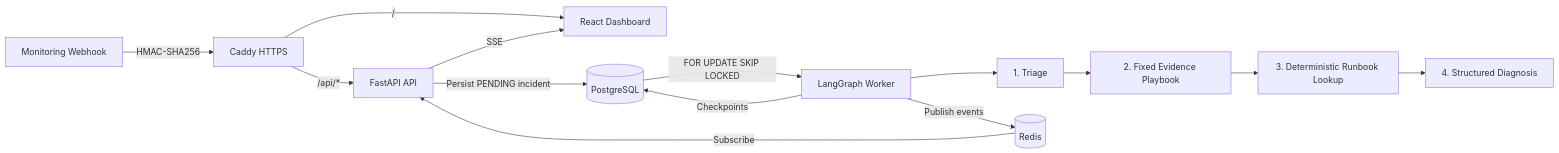
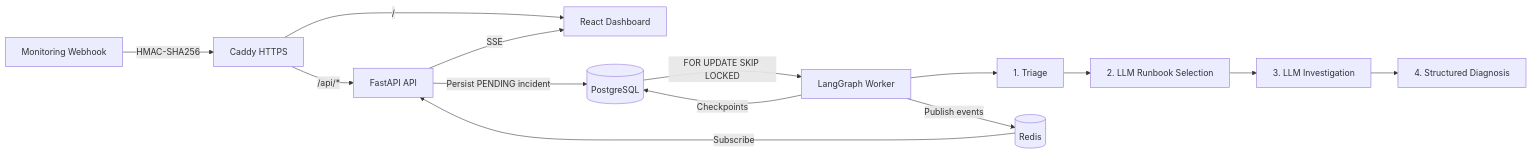
Before and after one commit to va18hav/Autage: the diagram in README.md, drawn with Mermaid. The commit also changed other lines of this file and 1 other file, not shown here.

Commit message:
docs: describe LLM-guided investigation and two-step runbook retrieval

````diff
--- a/README.md
+++ b/README.md
@@ -34,16 +34,16 @@
 ```mermaid
 flowchart LR
     A[Monitoring Webhook] -->|HMAC-SHA256| P[Caddy HTTPS]
     P -->|/api/*| B[FastAPI API]
     P -->|/| I[React Dashboard]
     B -->|Persist PENDING incident| C[(PostgreSQL)]
     C -->|FOR UPDATE SKIP LOCKED| D[LangGraph Worker]
     D -->|Checkpoints| C
     D --> E[1. Triage]
-    E --> F[2. Fixed Evidence Playbook]
-    F --> G[3. Deterministic Runbook Lookup]
+    E --> F[2. LLM Runbook Selection]
+    F --> G[3. LLM Investigation]
     G --> H[4. Structured Diagnosis]
     D -->|Publish events| R[(Redis)]
     R -->|Subscribe| B
     B -->|SSE| I
 ```
````
